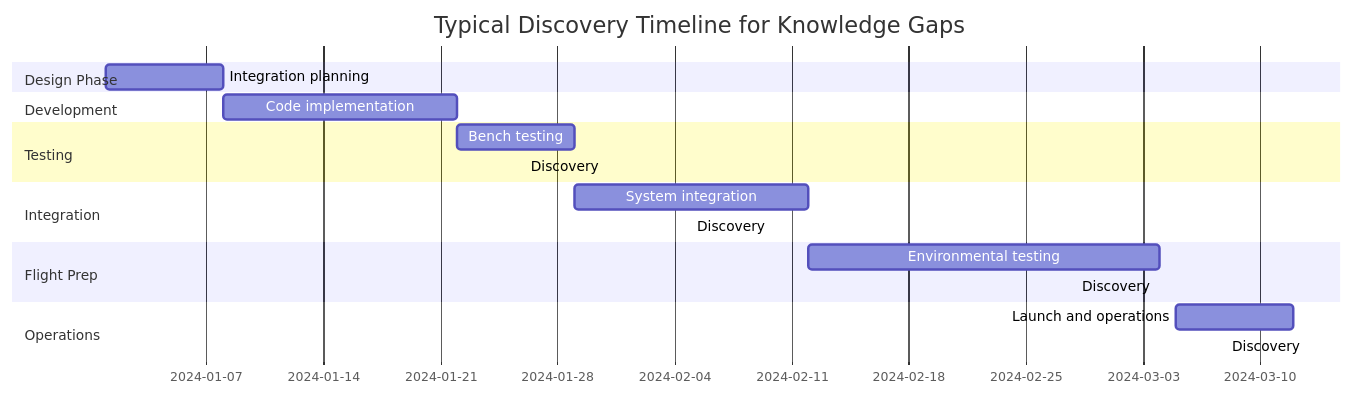
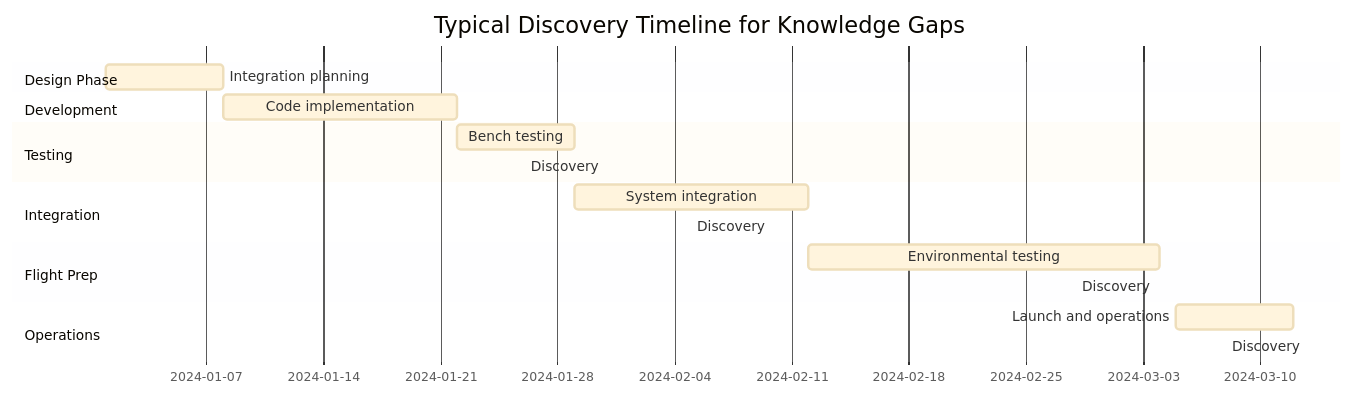
One commit to Lizo-RoadTown/PROVES_LIBRARY changed the ninth of 9 diagrams in docs/diagrams/knowledge-gaps.md. Above: the diagram before and after it, drawn with Mermaid. The commit also changed other lines of this file and 14 other files, not shown here.

First line of the commit message:
Apply professional theme to all Mermaid diagrams

````diff
--- a/docs/diagrams/knowledge-gaps.md
+++ b/docs/diagrams/knowledge-gaps.md
@@ -574,21 +720,28 @@
 ```mermaid
+%%{init: {
+  'theme': 'base',
+  'themeVariables': {
+    'fontFamily': 'system-ui, -apple-system, sans-serif',
+    'fontSize': '14px'
+  }
+}}%%
 gantt
     title Typical Discovery Timeline for Knowledge Gaps
     dateFormat YYYY-MM-DD
     section Design Phase
     Integration planning     :2024-01-01, 7d
     section Development
     Code implementation     :2024-01-08, 14d
     section Testing
     Bench testing          :2024-01-22, 7d
     Discovery: Timing gap  :milestone, 2024-01-26, 0d
     section Integration
     System integration     :2024-01-29, 14d
     Discovery: Bus conflict:milestone, 2024-02-05, 0d
     section Flight Prep
     Environmental testing  :2024-02-12, 21d
     Discovery: Voltage gap :milestone, 2024-02-28, 0d
     section Operations
     Launch and operations  :2024-03-05, 7d
     Discovery: Error handling gap :crit, 2024-03-08, 0d
 ```
````
